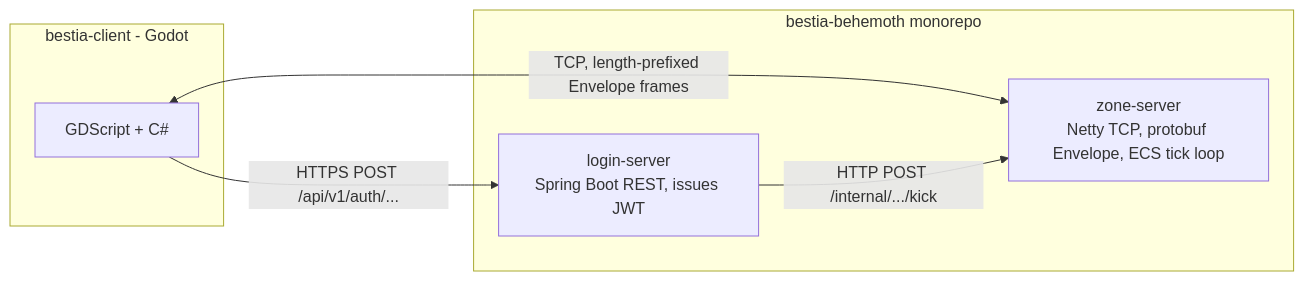
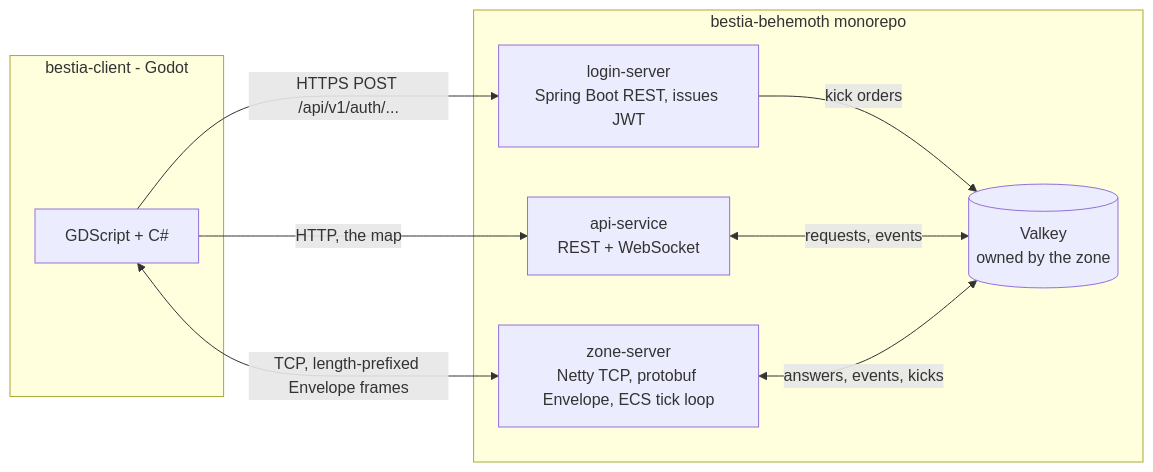
One commit to tfelix/bestia-docs changed the diagram in content/docs/server/overview.md. Above: the diagram before and after it, drawn with Mermaid. The commit also changed other lines of this file and 7 other files, not shown here.

First line of the commit message:
docs(server): the zone serves no HTTP; the game map comes from the API service

````diff
--- a/content/docs/server/overview.md
+++ b/content/docs/server/overview.md
@@ -17,15 +18,20 @@
 ```mermaid
 graph LR
   subgraph Client [bestia-client - Godot]
     C[GDScript + C#]
   end
 
   subgraph Backend [bestia-behemoth monorepo]
     LOGIN["login-server<br/>Spring Boot REST, issues JWT"]
     ZONE["zone-server<br/>Netty TCP, protobuf Envelope, ECS tick loop"]
+    API["api-service<br/>REST + WebSocket"]
+    V[("Valkey<br/>owned by the zone")]
   end
 
   C -- "HTTPS POST /api/v1/auth/..." --> LOGIN
   C <-- "TCP, length-prefixed Envelope frames" --> ZONE
-  LOGIN -- "HTTP POST /internal/.../kick" --> ZONE
+  C -- "HTTP, the map" --> API
+  LOGIN -- "kick orders" --> V
+  API <-- "requests, events" --> V
+  ZONE <-- "answers, events, kicks" --> V
 ```
````
